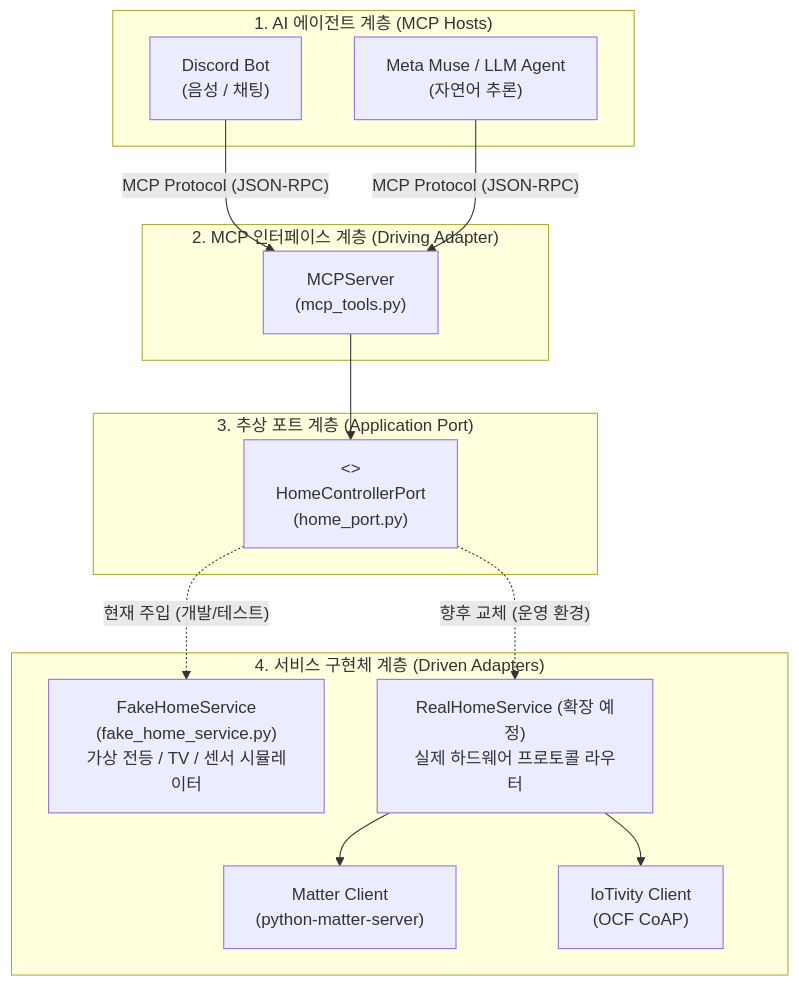
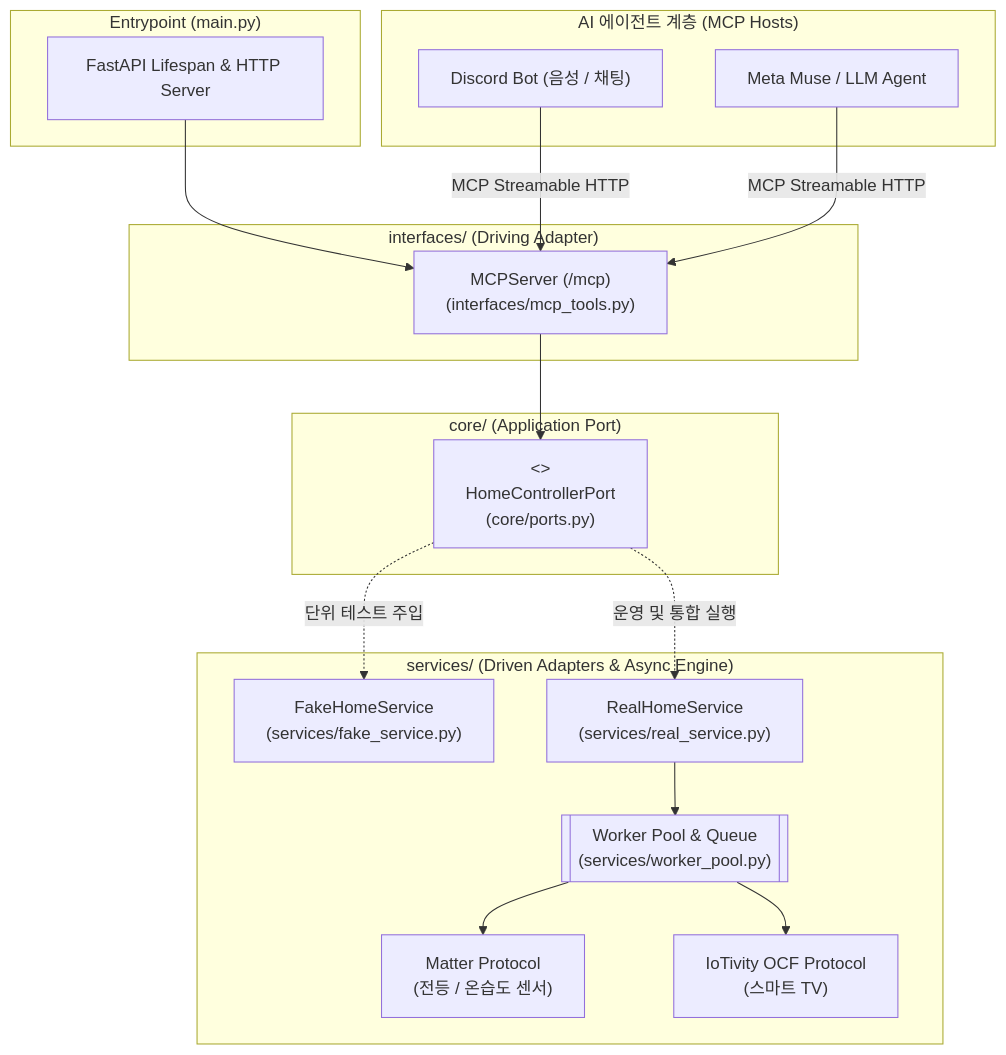
Before and after one commit to fall20style/virtual-to-matter-mcp: the first of 2 diagrams in ARCHITECTURE.md, drawn with Mermaid. The commit also changed other lines of this file and 1 other file, not shown here.

````diff
--- a/ARCHITECTURE.md
+++ b/ARCHITECTURE.md
@@ -19,31 +24,38 @@
 ```mermaid
 flowchart TB
-    subgraph Agents ["1. AI 에이전트 계층 (MCP Hosts)"]
-        Discord["Discord Bot<br/>(음성 / 채팅)"]
-        Muse["Meta Muse / LLM Agent<br/>(자연어 추론)"]
+    subgraph Entry ["Entrypoint (main.py)"]
+        FastAPI["FastAPI Lifespan & HTTP Server"]
     end
 
-    subgraph Interface ["2. MCP 인터페이스 계층 (Driving Adapter)"]
-        MCP["MCPServer<br/>(mcp_tools.py)"]
+    subgraph Agents ["AI 에이전트 계층 (MCP Hosts)"]
+        Discord["Discord Bot (음성 / 채팅)"]
+        Muse["Meta Muse / LLM Agent"]
     end
 
-    subgraph Core ["3. 추상 포트 계층 (Application Port)"]
-        Port["<<Interface>><br/>HomeControllerPort<br/>(home_port.py)"]
+    subgraph Driving ["interfaces/ (Driving Adapter)"]
+        MCP["MCPServer (/mcp)<br/>(interfaces/mcp_tools.py)"]
     end
 
-    subgraph Adapters ["4. 서비스 구현체 계층 (Driven Adapters)"]
-        Fake["FakeHomeService<br/>(fake_home_service.py)<br/>가상 전등 / TV / 센서 시뮬레이터"]
-        Real["RealHomeService (확장 예정)<br/>실제 하드웨어 프로토콜 라우터"]
-        
-        Matter["Matter Client<br/>(python-matter-server)"]
-        IoTivity["IoTivity Client<br/>(OCF CoAP)"]
-        
-        Real --> Matter
-        Real --> IoTivity
+    subgraph Core ["core/ (Application Port)"]
+        Port["<<Interface>><br/>HomeControllerPort<br/>(core/ports.py)"]
     end
 
-    Discord & Muse -- "MCP Protocol (JSON-RPC)" --> MCP
+    subgraph Driven ["services/ (Driven Adapters & Async Engine)"]
+        Fake["FakeHomeService<br/>(services/fake_service.py)"]
+        Real["RealHomeService<br/>(services/real_service.py)"]
+        Pool[["Worker Pool & Queue<br/>(services/worker_pool.py)"]]
+        
+        Matter["Matter Protocol<br/>(전등 / 온습도 센서)"]
+        IoTivity["IoTivity OCF Protocol<br/>(스마트 TV)"]
+        
+        Real --> Pool
+        Pool --> Matter
+        Pool --> IoTivity
+    end
+
+    FastAPI --> MCP
+    Discord & Muse -- "MCP Streamable HTTP" --> MCP
     MCP --> Port
-    Port -. "현재 주입 (개발/테스트)" .-> Fake
-    Port -. "향후 교체 (운영 환경)" .-> Real
+    Port -. "단위 테스트 주입" .-> Fake
+    Port -. "운영 및 통합 실행" .-> Real
 ```
````
